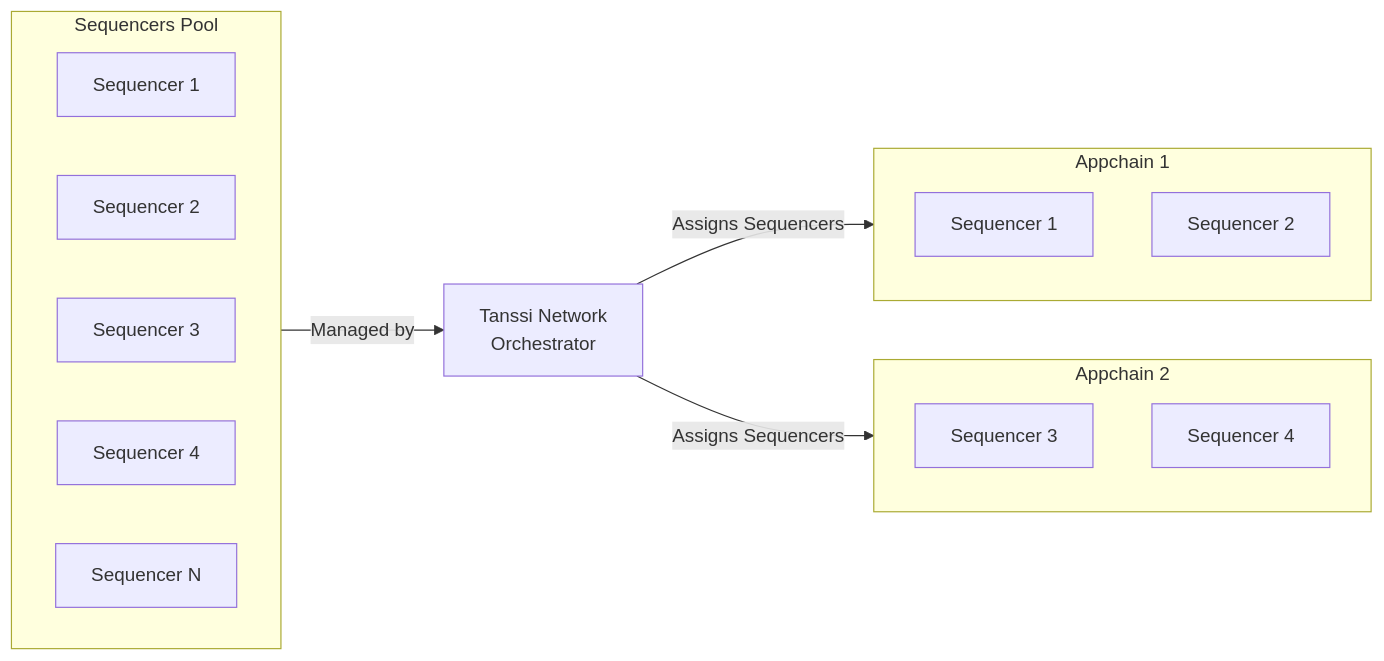
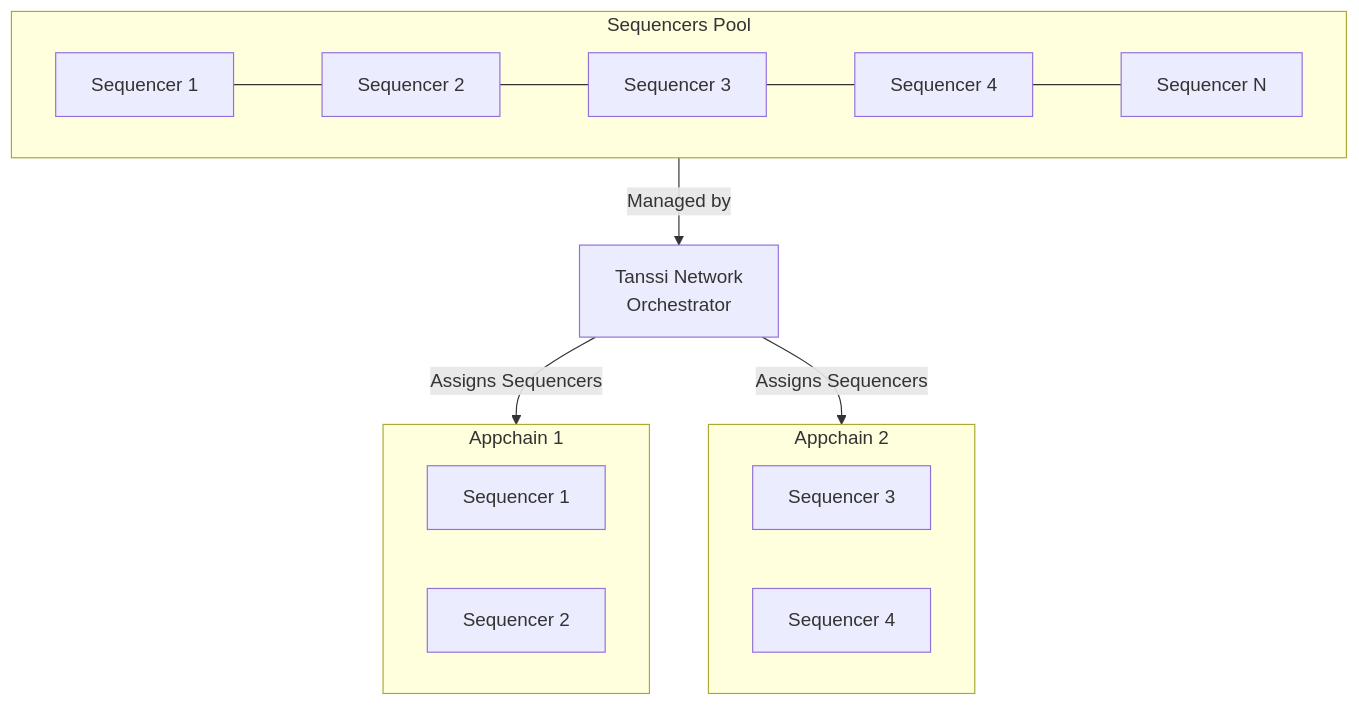
One commit to moondance-labs/tanssi-docs changed the first of 3 diagrams in learn/tanssi/appchain-services/block-production.md. Above: the diagram before and after it, drawn with Mermaid.

````diff
--- a/learn/tanssi/appchain-services/block-production.md
+++ b/learn/tanssi/appchain-services/block-production.md
@@ -31,26 +31,29 @@
 ```mermaid
-flowchart LR
+flowchart TB
     subgraph appchain1 [Appchain 1]
-    s1bis[Sequencer 1]
-    s2bis[Sequencer 2]
+        s1bis[Sequencer 1]
+        s2bis[Sequencer 2]
     end
+
     subgraph appchain2 [Appchain 2]
-    s3bis[Sequencer 3]
-    s4bis[Sequencer 4]
+        s3bis[Sequencer 3]
+        s4bis[Sequencer 4]
     end
-    Tanssi[
-        Tanssi Network
-        Orchestrator
-    ]
+
+    Tanssi[Tanssi Network<br/>Orchestrator]
+
     subgraph sequencers [Sequencers Pool]
-    direction RL
-    s1[Sequencer 1]
-    s2[Sequencer 2]
-    s3[Sequencer 3]
-    s4[Sequencer 4]
-    sn[Sequencer N]
+        direction LR
+        s1[Sequencer 1]
+        s2[Sequencer 2]
+        s3[Sequencer 3]
+        s4[Sequencer 4]
+        sn[Sequencer N]
+
+        s1 --- s2 --- s3 --- s4 --- sn
     end
-    sequencers-- Managed by -->Tanssi
-    Tanssi-- Assigns Sequencers -->appchain1
-    Tanssi-- Assigns Sequencers -->appchain2
+
+    sequencers -- Managed by --> Tanssi
+    Tanssi -- Assigns Sequencers --> appchain1
+    Tanssi -- Assigns Sequencers --> appchain2
 ```
````
